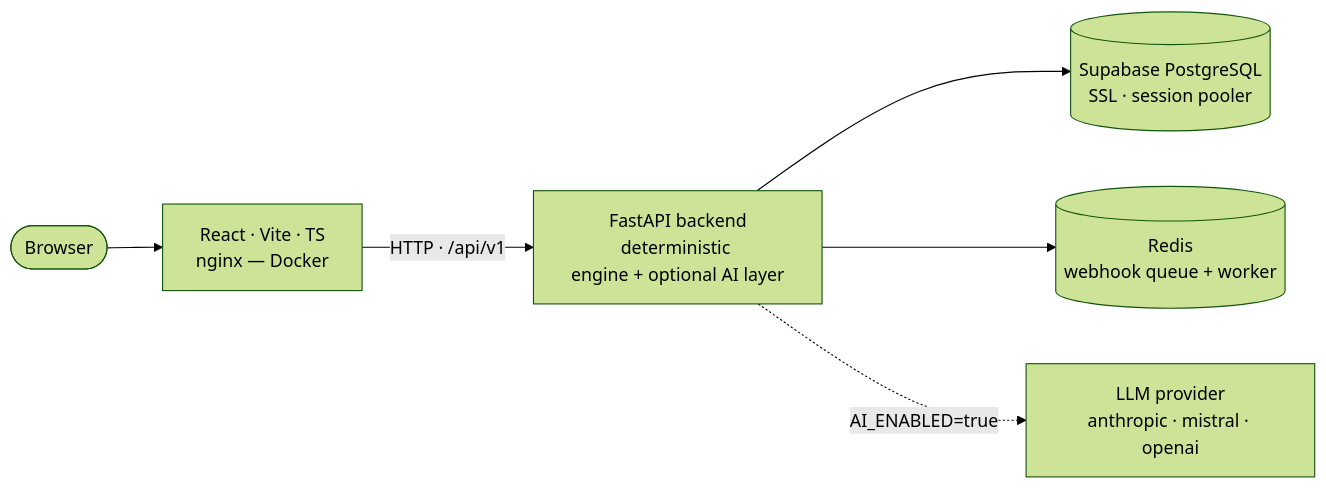
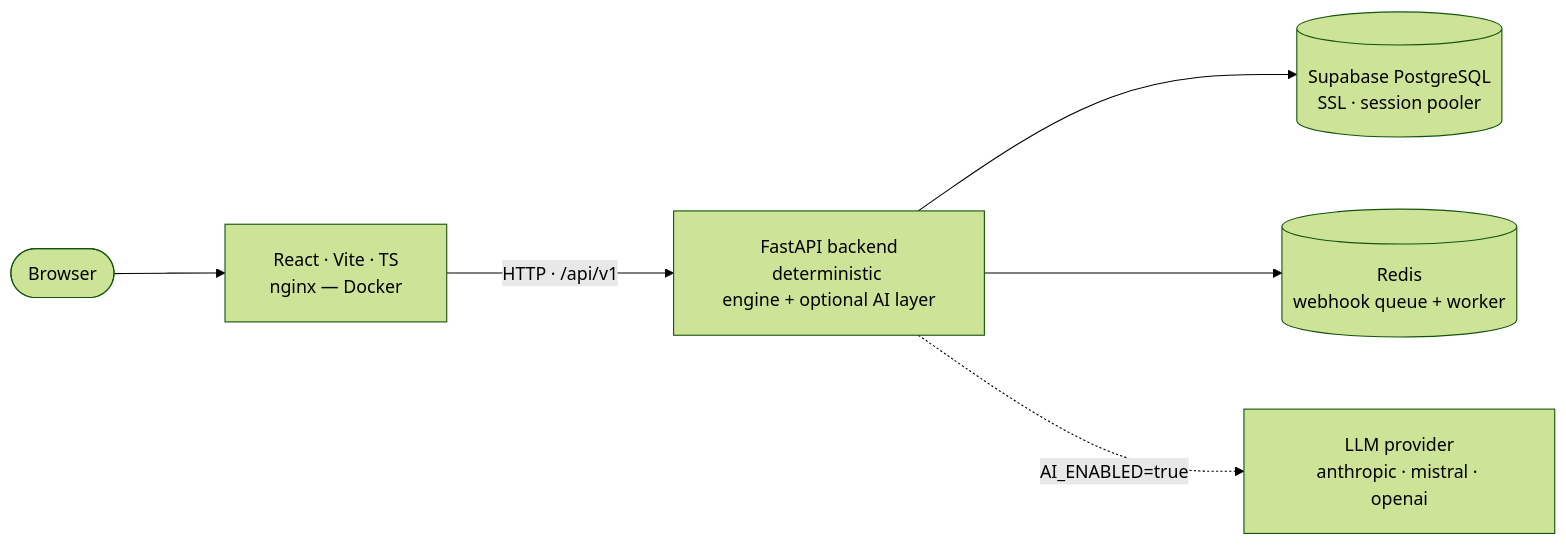
One commit to NikhilMamilla/EvidenceGraph changed the second of 2 diagrams in README.md. Above: the diagram before and after it, drawn with Mermaid (forest theme). The commit also changed other lines of this file, not shown here.

Commit message:
docs(readme): widen flowchart gaps in How it works diagrams

````diff
--- a/README.md
+++ b/README.md
@@ -196,8 +201,9 @@
 ```mermaid
+%%{init: {'flowchart': {'nodeSpacing': 65, 'rankSpacing': 100, 'padding': 20, 'curve': 'basis'}}}%%
 flowchart LR
     U(["Browser"]) --> FE["React · Vite · TS<br>nginx — Docker"]
-    FE -- "HTTP · /api/v1" --> BE["FastAPI backend<br>deterministic engine&nbsp;+&nbsp;optional AI layer"]
+    FE -- "HTTP&nbsp;·&nbsp;/api/v1" --> BE["FastAPI backend<br>deterministic engine&nbsp;+&nbsp;optional AI layer"]
     BE --> DB[("Supabase PostgreSQL<br>SSL · session pooler")]
     BE --> R[("Redis<br>webhook queue&nbsp;+&nbsp;worker")]
     BE -. "AI_ENABLED=true" .-> LLM["LLM provider<br>anthropic · mistral · openai"]
 ```
````
